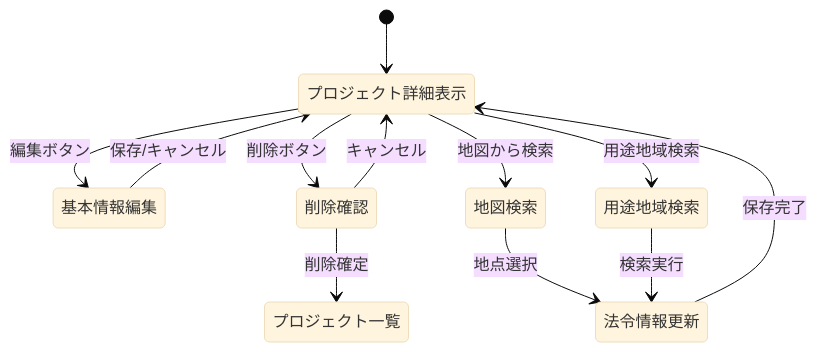
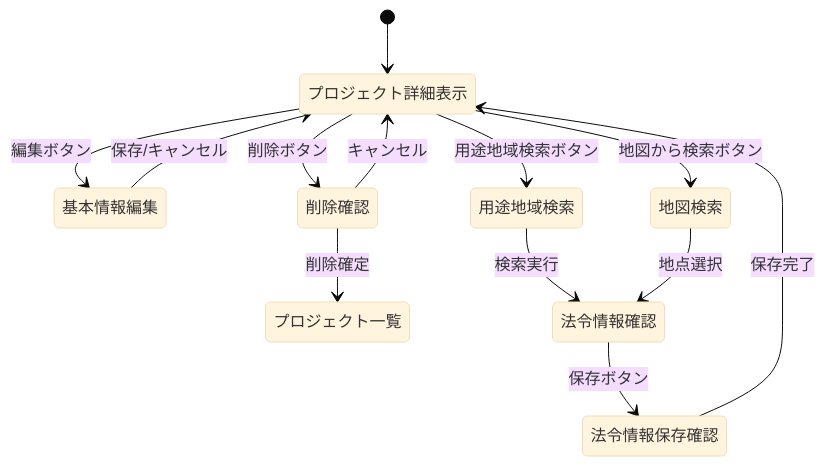
One commit to kamekamek/legal_api changed diagram 13 of 16 in docs/development-schema.md. Above: the diagram before and after it, drawn with Mermaid (base theme). The commit also changed other lines of this file and 2 other files, not shown here.

First line of the commit message:
docs: Add TODO list and enhance legal document schema documentation

````diff
--- a/docs/development-schema.md
+++ b/docs/development-schema.md
@@ -367,16 +472,17 @@
 ```mermaid
 stateDiagram-v2
     [*] --> プロジェクト詳細表示
     プロジェクト詳細表示 --> 基本情報編集: 編集ボタン
     プロジェクト詳細表示 --> 削除確認: 削除ボタン
-    プロジェクト詳細表示 --> 地図検索: 地図から検索
-    プロジェクト詳細表示 --> 用途地域検索: 用途地域検索
+    プロジェクト詳細表示 --> 用途地域検索: 用途地域検索ボタン
+    プロジェクト詳細表示 --> 地図検索: 地図から検索ボタン
     
     基本情報編集 --> プロジェクト詳細表示: 保存/キャンセル
     削除確認 --> プロジェクト詳細表示: キャンセル
     削除確認 --> プロジェクト一覧: 削除確定
     
-    地図検索 --> 法令情報更新: 地点選択
-    用途地域検索 --> 法令情報更新: 検索実行
-    法令情報更新 --> プロジェクト詳細表示: 保存完了
+    用途地域検索 --> 法令情報確認: 検索実行
+    地図検索 --> 法令情報確認: 地点選択
+    法令情報確認 --> 法令情報保存確認: 保存ボタン
+    法令情報保存確認 --> プロジェクト詳細表示: 保存完了
 ```
````
